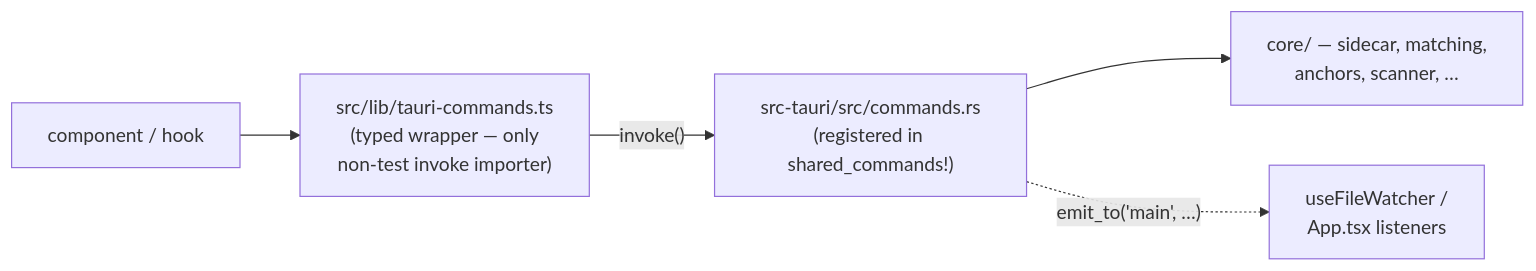
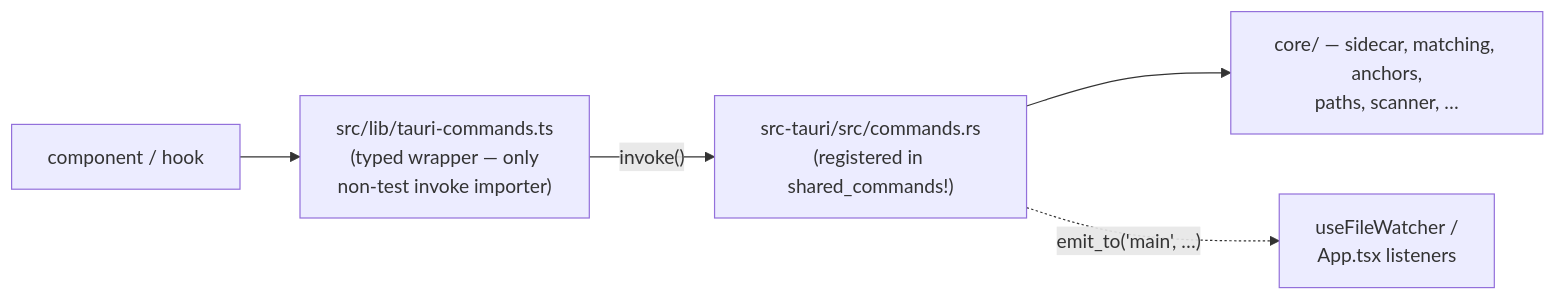
One commit to dryotta/mdownreview changed the second of 3 diagrams in docs/architecture.md. Above: the diagram before and after it, drawn with Mermaid. The commit also changed other lines of this file and 25 other files, not shown here.

````diff
--- a/docs/architecture.md
+++ b/docs/architecture.md
@@ -35,7 +35,7 @@
 ```mermaid
 flowchart LR
     Comp["component / hook"] --> Wrapper["src/lib/tauri-commands.ts<br/>(typed wrapper — only<br/>non-test invoke importer)"]
     Wrapper -- "invoke()" --> Cmd["src-tauri/src/commands.rs<br/>(registered in shared_commands!)"]
-    Cmd --> Core["core/ — sidecar, matching,<br/>anchors, scanner, …"]
+    Cmd --> Core["core/ — sidecar, matching, anchors,<br/>paths, scanner, …"]
     Cmd -. "emit_to('main', …)" .-> Listener["useFileWatcher /<br/>App.tsx listeners"]
 ```
````
